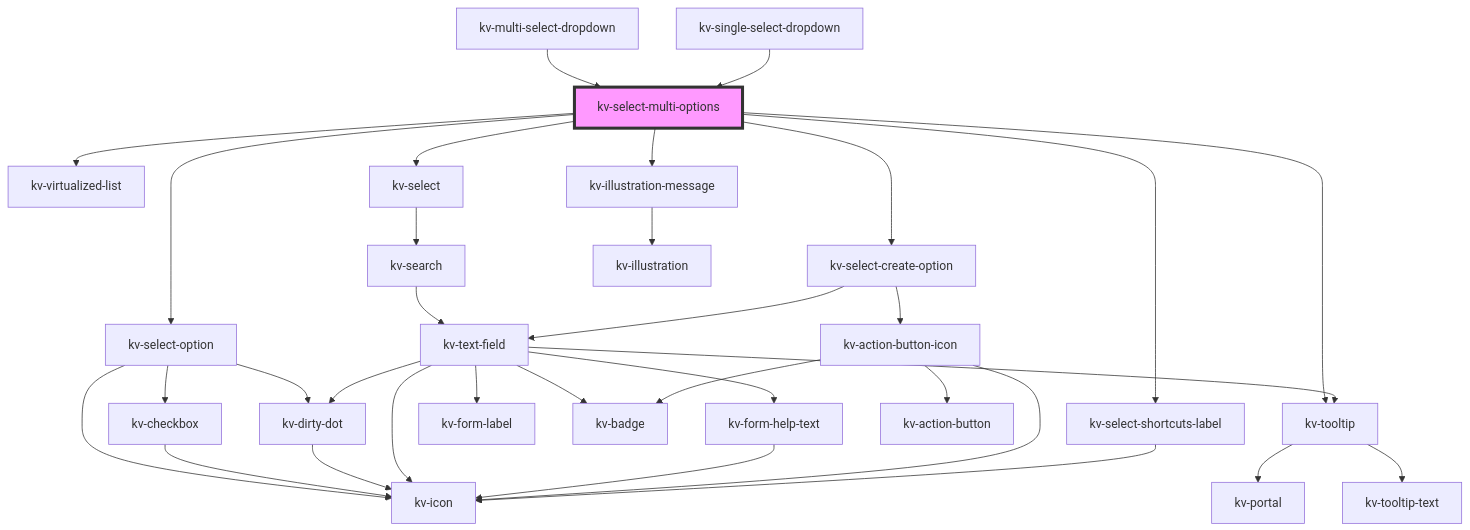
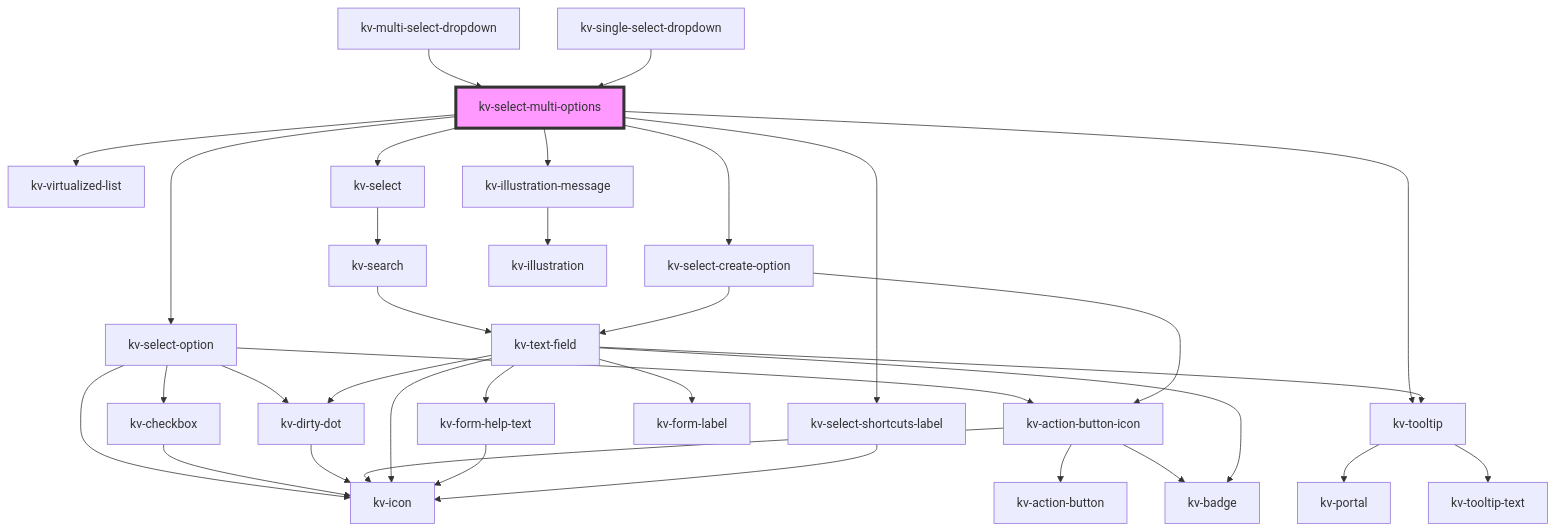
The diagram in packages/ui-components/src/components/select-multi-options/readme.md (kelvininc/ui-components), drawn with Mermaid before and after one commit. The commit also changed 18 other files, not shown here.

Commit message:
feat(dropdown): add action button to select option

````diff
--- a/packages/ui-components/src/components/select-multi-options/readme.md
+++ b/packages/ui-components/src/components/select-multi-options/readme.md
@@ -105,36 +105,37 @@
 ```mermaid
 graph TD;
   kv-select-multi-options --> kv-virtualized-list
   kv-select-multi-options --> kv-select-option
   kv-select-multi-options --> kv-select
   kv-select-multi-options --> kv-tooltip
   kv-select-multi-options --> kv-illustration-message
   kv-select-multi-options --> kv-select-create-option
   kv-select-multi-options --> kv-select-shortcuts-label
   kv-select-option --> kv-checkbox
   kv-select-option --> kv-icon
   kv-select-option --> kv-dirty-dot
+  kv-select-option --> kv-action-button-icon
   kv-checkbox --> kv-icon
   kv-dirty-dot --> kv-icon
+  kv-action-button-icon --> kv-action-button
+  kv-action-button-icon --> kv-icon
+  kv-action-button-icon --> kv-badge
   kv-select --> kv-search
   kv-search --> kv-text-field
   kv-text-field --> kv-tooltip
   kv-text-field --> kv-form-label
   kv-text-field --> kv-icon
   kv-text-field --> kv-dirty-dot
   kv-text-field --> kv-badge
   kv-text-field --> kv-form-help-text
   kv-tooltip --> kv-portal
   kv-tooltip --> kv-tooltip-text
   kv-form-help-text --> kv-icon
   kv-illustration-message --> kv-illustration
   kv-select-create-option --> kv-text-field
   kv-select-create-option --> kv-action-button-icon
-  kv-action-button-icon --> kv-action-button
-  kv-action-button-icon --> kv-icon
-  kv-action-button-icon --> kv-badge
   kv-select-shortcuts-label --> kv-icon
   kv-multi-select-dropdown --> kv-select-multi-options
   kv-single-select-dropdown --> kv-select-multi-options
   style kv-select-multi-options fill:#f9f,stroke:#333,stroke-width:4px
 ```
````
